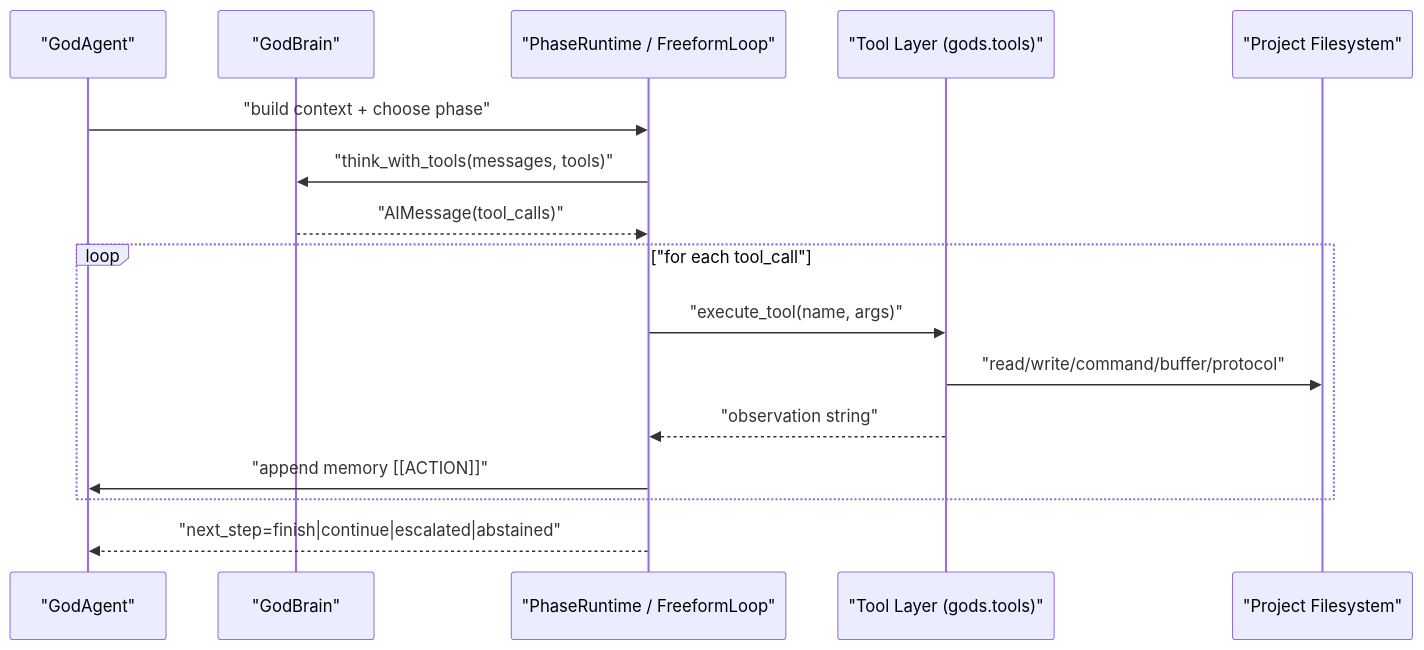
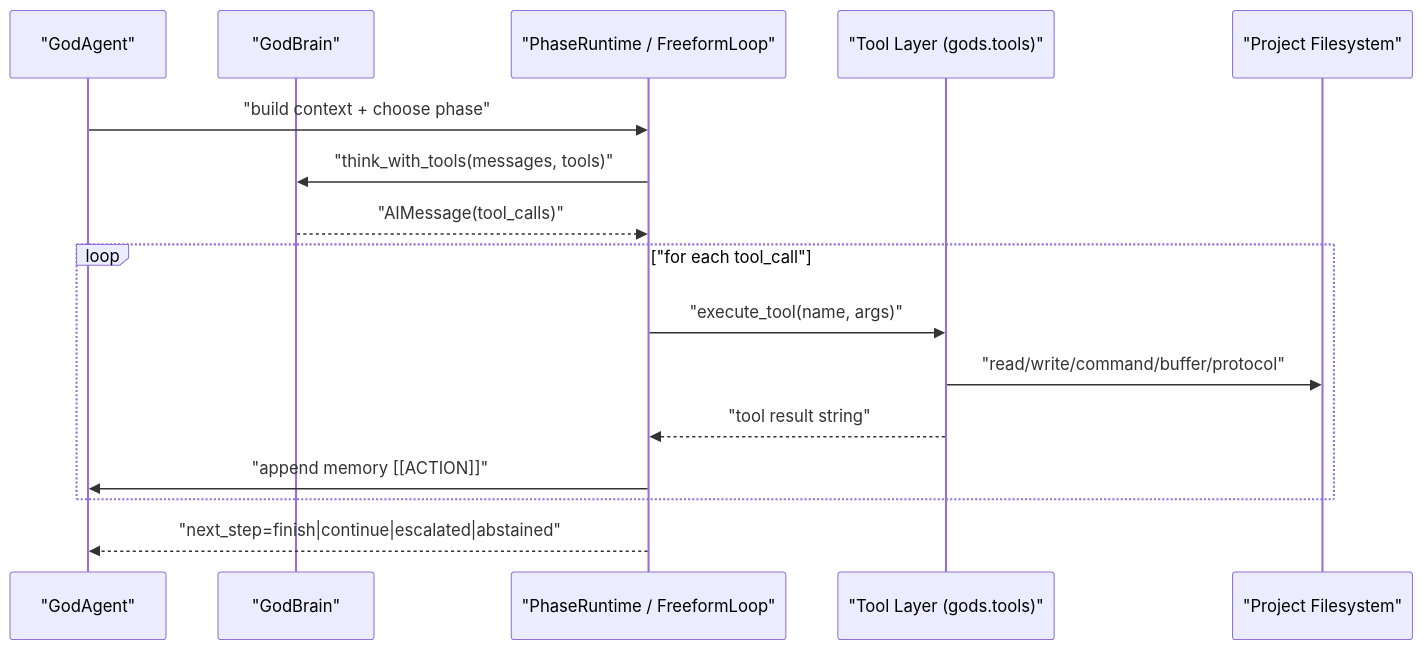
Diagram 17 of 30 in docs/ARCHITECTURE_MERMAID.md (Lands54/Pantheon), drawn with Mermaid before and after one commit. The commit also changed other lines of this file and 42 other files, not shown here.

Commit message:
test(docs): align architecture docs and add card/chaos/memory regression coverage

````diff
--- a/docs/ARCHITECTURE_MERMAID.md
+++ b/docs/ARCHITECTURE_MERMAID.md
@@ -255,19 +255,19 @@
 ```mermaid
 sequenceDiagram
     participant AG as "GodAgent"
     participant BR as "GodBrain"
     participant RT as "PhaseRuntime / FreeformLoop"
     participant TL as "Tool Layer (gods.tools)"
     participant FS as "Project Filesystem"
 
     AG->>RT: "build context + choose phase"
     RT->>BR: "think_with_tools(messages, tools)"
     BR-->>RT: "AIMessage(tool_calls)"
     loop "for each tool_call"
       RT->>TL: "execute_tool(name, args)"
       TL->>FS: "read/write/command/buffer/protocol"
-      TL-->>RT: "observation string"
+      TL-->>RT: "tool result string"
       RT->>AG: "append memory [[ACTION]]"
     end
     RT-->>AG: "next_step=finish|continue|escalated|abstained"
 ```
````
